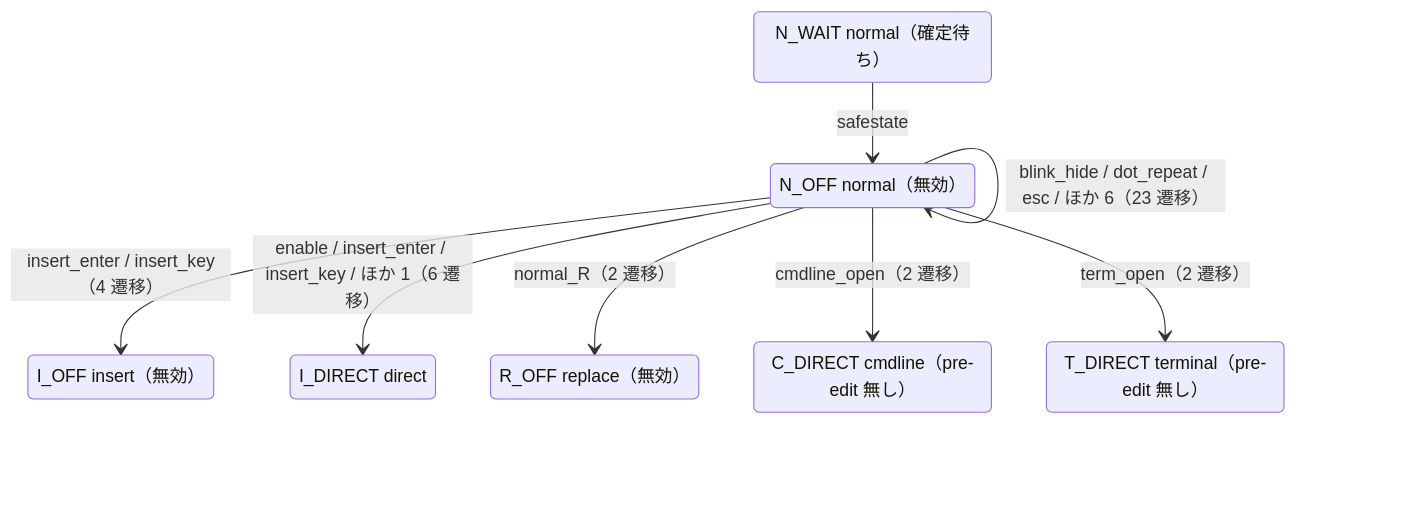
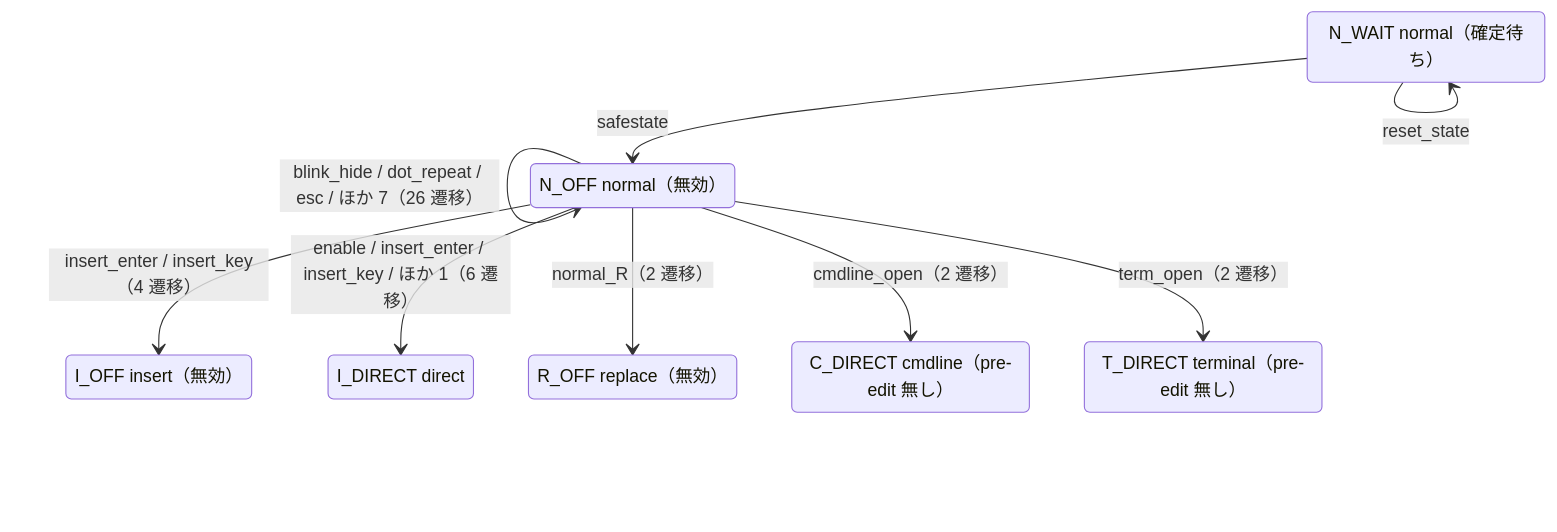
One commit to kat0h/skkeleton.nvim changed the first of 10 diagrams in semantics/STATE_MACHINE.md. Above: the diagram before and after it, drawn with Mermaid. The commit also changed other lines of this file and 5 other files, not shown here.

````diff
--- a/semantics/STATE_MACHINE.md
+++ b/semantics/STATE_MACHINE.md
@@ -207,17 +208,18 @@
 ```mermaid
 stateDiagram-v2
   state "N_OFF normal（無効）" as N_OFF
   state "N_WAIT normal（確定待ち）" as N_WAIT
   state "I_OFF insert（無効）" as I_OFF
   state "I_DIRECT direct" as I_DIRECT
   state "R_OFF replace（無効）" as R_OFF
   state "C_DIRECT cmdline（pre-edit 無し）" as C_DIRECT
   state "T_DIRECT terminal（pre-edit 無し）" as T_DIRECT
-  N_OFF --> N_OFF: blink_hide / dot_repeat / esc / ほか 6（23 遷移）
+  N_OFF --> N_OFF: blink_hide / dot_repeat / esc / ほか 7（26 遷移）
   N_OFF --> I_OFF: insert_enter / insert_key（4 遷移）
   N_OFF --> I_DIRECT: enable / insert_enter / insert_key / ほか 1（6 遷移）
   N_OFF --> R_OFF: normal_R（2 遷移）
   N_OFF --> C_DIRECT: cmdline_open（2 遷移）
   N_OFF --> T_DIRECT: term_open（2 遷移）
   N_WAIT --> N_OFF: safestate
+  N_WAIT --> N_WAIT: reset_state
 ```
````
